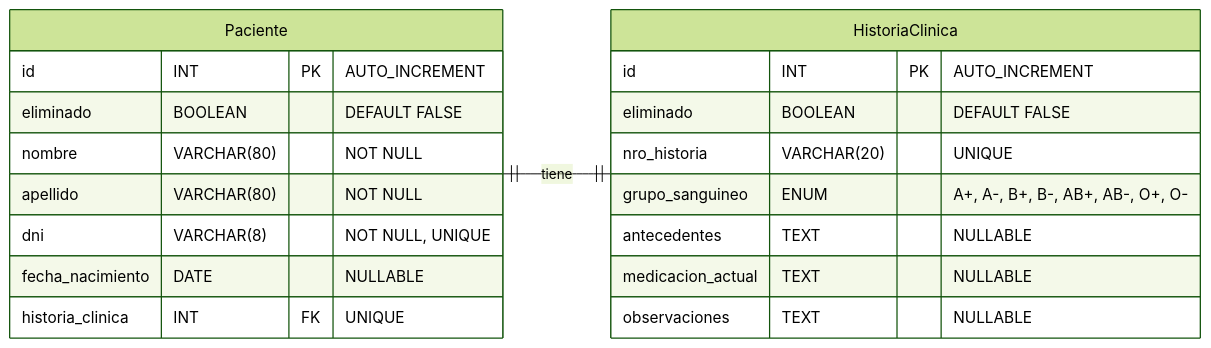
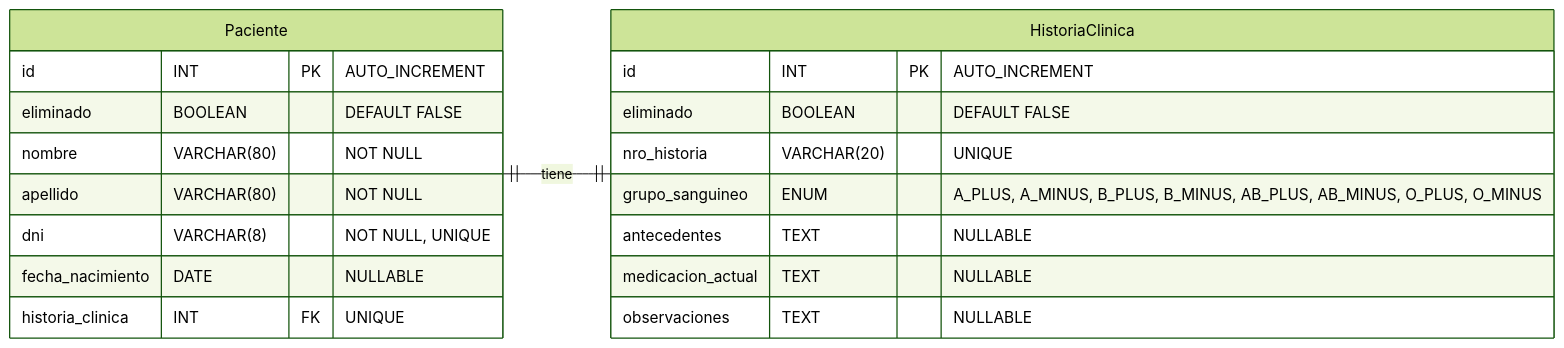
The second of 2 diagrams in README.md (Gerolupo12/paciente-historia-cliente), drawn with Mermaid (forest theme) before and after one commit. The commit also changed other lines of this file and 6 other files, not shown here.

````diff
--- a/README.md
+++ b/README.md
@@ -176,25 +176,25 @@
 ```mermaid
     erDiagram
     direction LR
         Paciente {
             id INT PK "AUTO_INCREMENT"
             eliminado BOOLEAN "DEFAULT FALSE"
             nombre VARCHAR(80) "NOT NULL"
             apellido VARCHAR(80) "NOT NULL"
             dni VARCHAR(8) "NOT NULL, UNIQUE"
             fecha_nacimiento DATE "NULLABLE"
             historia_clinica INT FK "UNIQUE"
         }
 
         HistoriaClinica {
             id INT PK "AUTO_INCREMENT"
             eliminado BOOLEAN "DEFAULT FALSE"
             nro_historia VARCHAR(20) "UNIQUE"
-            grupo_sanguineo ENUM "A+, A-, B+, B-, AB+, AB-, O+, O-"
+            grupo_sanguineo ENUM "A_PLUS, A_MINUS, B_PLUS, B_MINUS, AB_PLUS, AB_MINUS, O_PLUS, O_MINUS"
             antecedentes TEXT "NULLABLE"
             medicacion_actual TEXT "NULLABLE"
             observaciones TEXT "NULLABLE"
         }
 
         Paciente 1--1 HistoriaClinica : tiene
 ```
````
